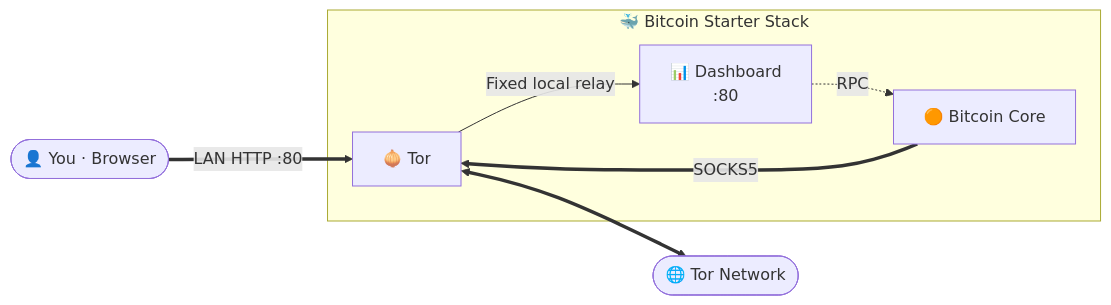
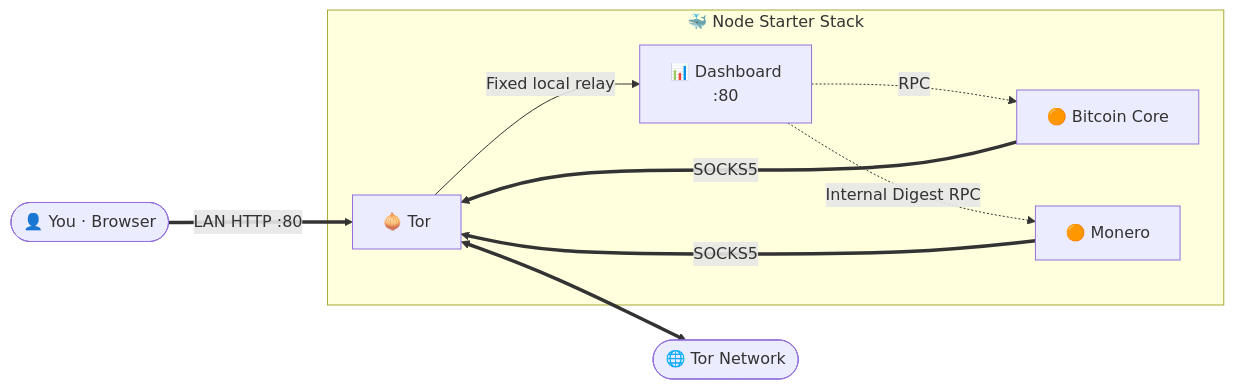
The diagram in README.md (VijitSingh97/bitcoin-starter-stack), drawn with Mermaid before and after one commit. The commit also changed other lines of this file and 46 other files, not shown here.

Commit message:
Add optional Monero nodes and multi-node dashboard

````diff
--- a/README.md
+++ b/README.md
@@ -205,17 +234,20 @@
 ```mermaid
 flowchart LR
     You(["👤 You · Browser"])
     Net(["🌐 Tor Network"])
 
-    subgraph stack ["🐳 Bitcoin Starter Stack"]
+    subgraph stack ["🐳 Node Starter Stack"]
         Dashboard["📊 Dashboard<br/>:80"]
         Bitcoin["🟠 Bitcoin Core"]
+        Monero["🟠 Monero"]
         Tor["🧅 Tor"]
     end
 
     You ==>|LAN HTTP :80| Tor
     Tor -->|Fixed local relay| Dashboard
     Dashboard -.->|RPC| Bitcoin
+    Dashboard -.->|Internal Digest RPC| Monero
     Bitcoin ==>|SOCKS5| Tor
+    Monero ==>|SOCKS5| Tor
     Tor <==> Net
 ```
````
